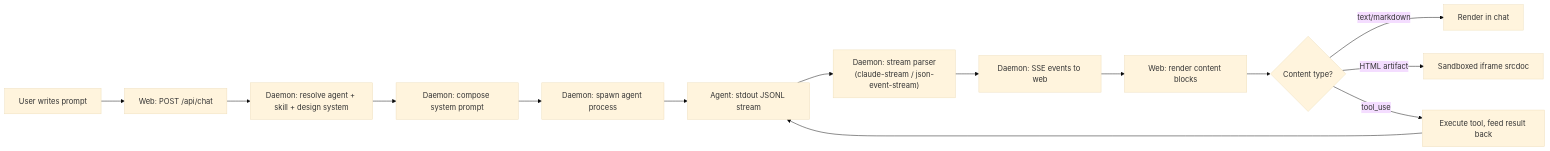
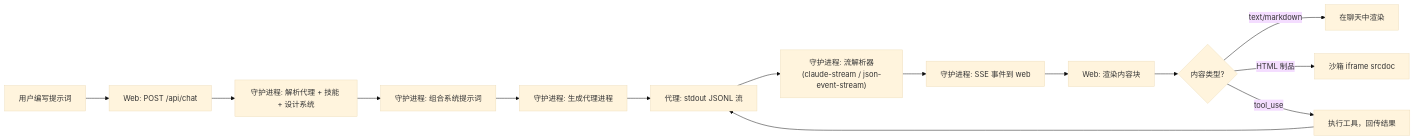
One commit to nmsn/open-design changed the fifth of 12 diagrams in docs/codebase/ARCHITECTURE.md. Above: the diagram before and after it, drawn with Mermaid (base theme). The commit also changed other lines of this file and 2 other files, not shown here.

````diff
--- a/docs/codebase/ARCHITECTURE.md
+++ b/docs/codebase/ARCHITECTURE.md
@@ -115,16 +115,16 @@
 ```mermaid
 flowchart LR
-    A["User writes prompt"] --> B["Web: POST /api/chat"]
-    B --> C["Daemon: resolve agent + skill + design system"]
-    C --> D["Daemon: compose system prompt"]
-    D --> E["Daemon: spawn agent process"]
-    E --> F["Agent: stdout JSONL stream"]
-    F --> G["Daemon: stream parser<br/>(claude-stream / json-event-stream)"]
-    G --> H["Daemon: SSE events to web"]
-    H --> I["Web: render content blocks"]
-    I --> J{"Content type?"}
-    J -->|"text/markdown"| K["Render in chat"]
-    J -->|"HTML artifact"| L["Sandboxed iframe srcdoc"]
-    J -->|"tool_use"| M["Execute tool, feed result back"]
+    A["用户编写提示词"] --> B["Web: POST /api/chat"]
+    B --> C["守护进程: 解析代理 + 技能 + 设计系统"]
+    C --> D["守护进程: 组合系统提示词"]
+    D --> E["守护进程: 生成代理进程"]
+    E --> F["代理: stdout JSONL 流"]
+    F --> G["守护进程: 流解析器<br/>(claude-stream / json-event-stream)"]
+    G --> H["守护进程: SSE 事件到 web"]
+    H --> I["Web: 渲染内容块"]
+    I --> J{"内容类型?"}
+    J -->|"text/markdown"| K["在聊天中渲染"]
+    J -->|"HTML 制品"| L["沙箱 iframe srcdoc"]
+    J -->|"tool_use"| M["执行工具，回传结果"]
     M --> F
 ```
````
